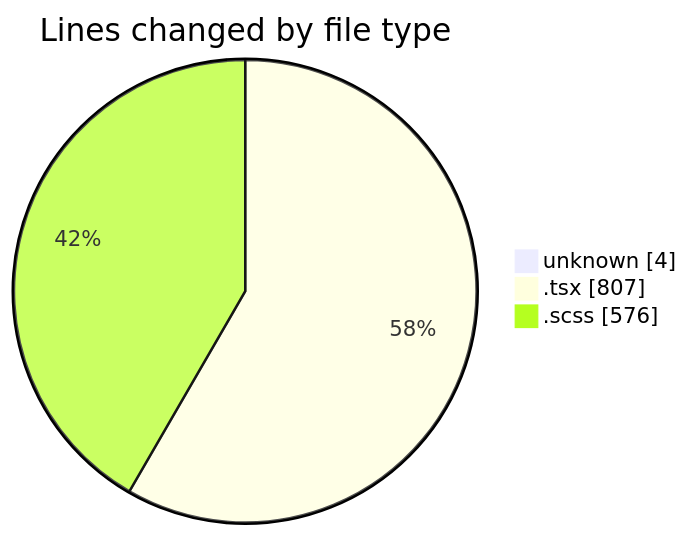
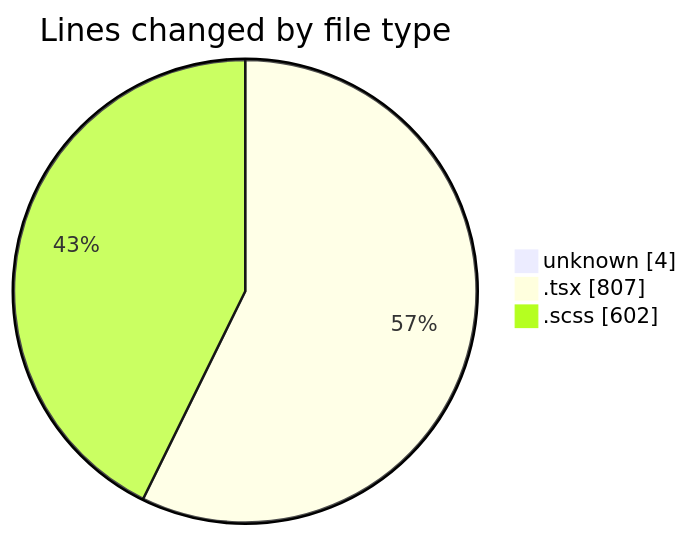
Before and after one commit to momahboobian/code-tracking: the first of 2 diagrams in 2025-02-14/cda/README.md, drawn with Mermaid. The commit also changed other lines of this file and 1 other file, not shown here.

````diff
--- a/2025-02-14/cda/README.md
+++ b/2025-02-14/cda/README.md
@@ -27,7 +27,7 @@
 ```mermaid
 pie showData
 title Lines changed by file type
 "unknown" : 4
 ".tsx" : 807
-".scss" : 576
+".scss" : 602
 ```
````
